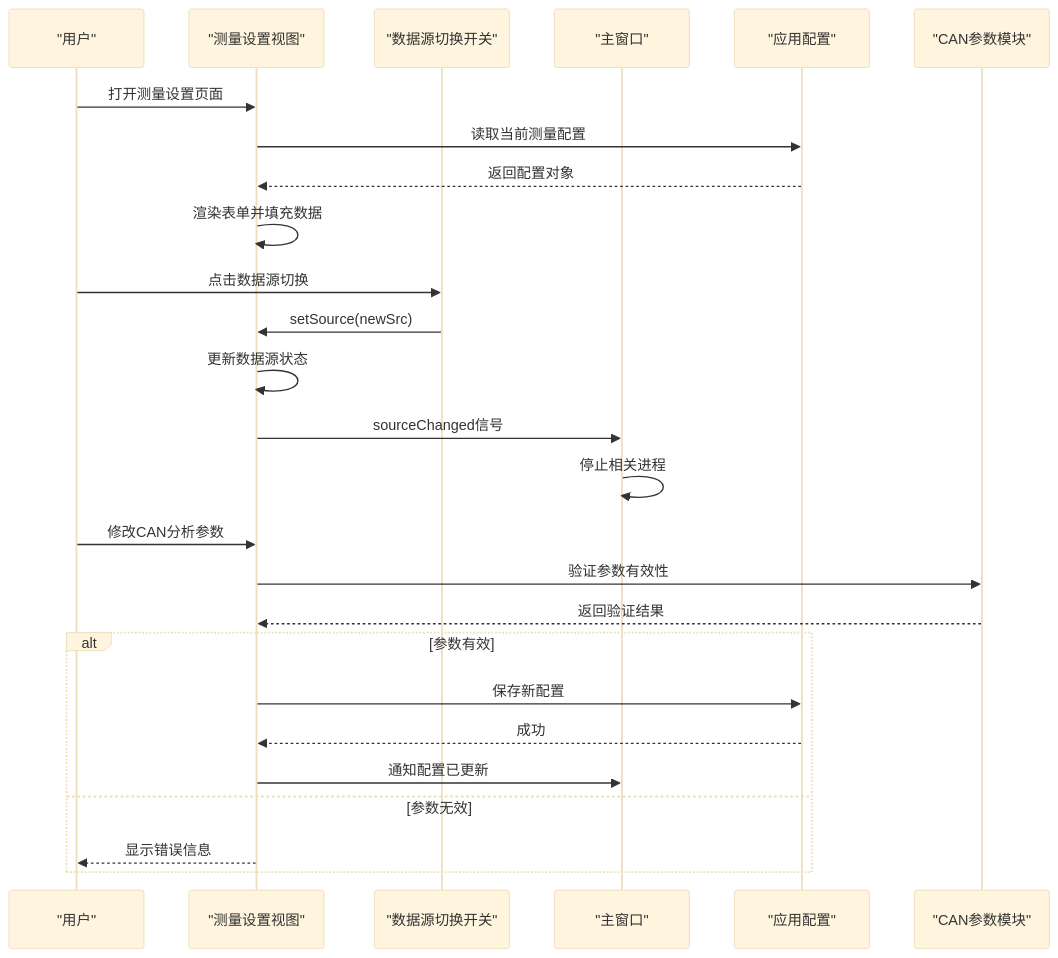
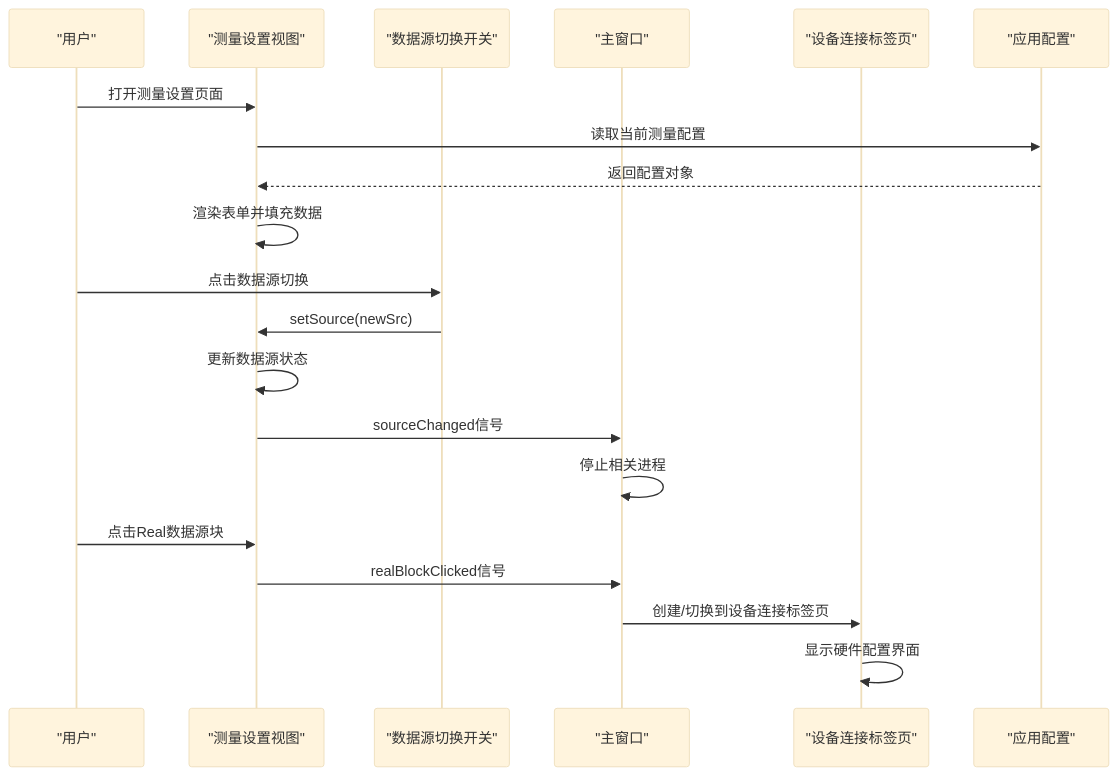
One commit to jakecai1225-design/OpenBus changed the third of 10 diagrams in .qoder/repowiki/zh/content/架构设计/UI系统设计/测量设置视图组件.md. Above: the diagram before and after it, drawn with Mermaid (base theme). The commit also changed other lines of this file and 35 other files, not shown here.

````diff
--- a/.qoder/repowiki/zh/content/架构设计/UI系统设计/测量设置视图组件.md
+++ b/.qoder/repowiki/zh/content/架构设计/UI系统设计/测量设置视图组件.md
@@ -196,28 +223,22 @@
 ```mermaid
 sequenceDiagram
 participant User as "用户"
 participant View as "测量设置视图"
 participant Switch as "数据源切换开关"
 participant MainWin as "主窗口"
+participant DevTab as "设备连接标签页"
 participant Config as "应用配置"
-participant CAN as "CAN参数模块"
 User->>View : 打开测量设置页面
 View->>Config : 读取当前测量配置
 Config-->>View : 返回配置对象
 View->>View : 渲染表单并填充数据
 User->>Switch : 点击数据源切换
 Switch->>View : setSource(newSrc)
 View->>View : 更新数据源状态
 View->>MainWin : sourceChanged信号
 MainWin->>MainWin : 停止相关进程
-User->>View : 修改CAN分析参数
-View->>CAN : 验证参数有效性
-CAN-->>View : 返回验证结果
-alt 参数有效
-View->>Config : 保存新配置
-Config-->>View : 成功
-View->>MainWin : 通知配置已更新
-else 参数无效
-View-->>User : 显示错误信息
-end
+User->>View : 点击Real数据源块
+View->>MainWin : realBlockClicked信号
+MainWin->>DevTab : 创建/切换到设备连接标签页
+DevTab->>DevTab : 显示硬件配置界面
 ```
````
